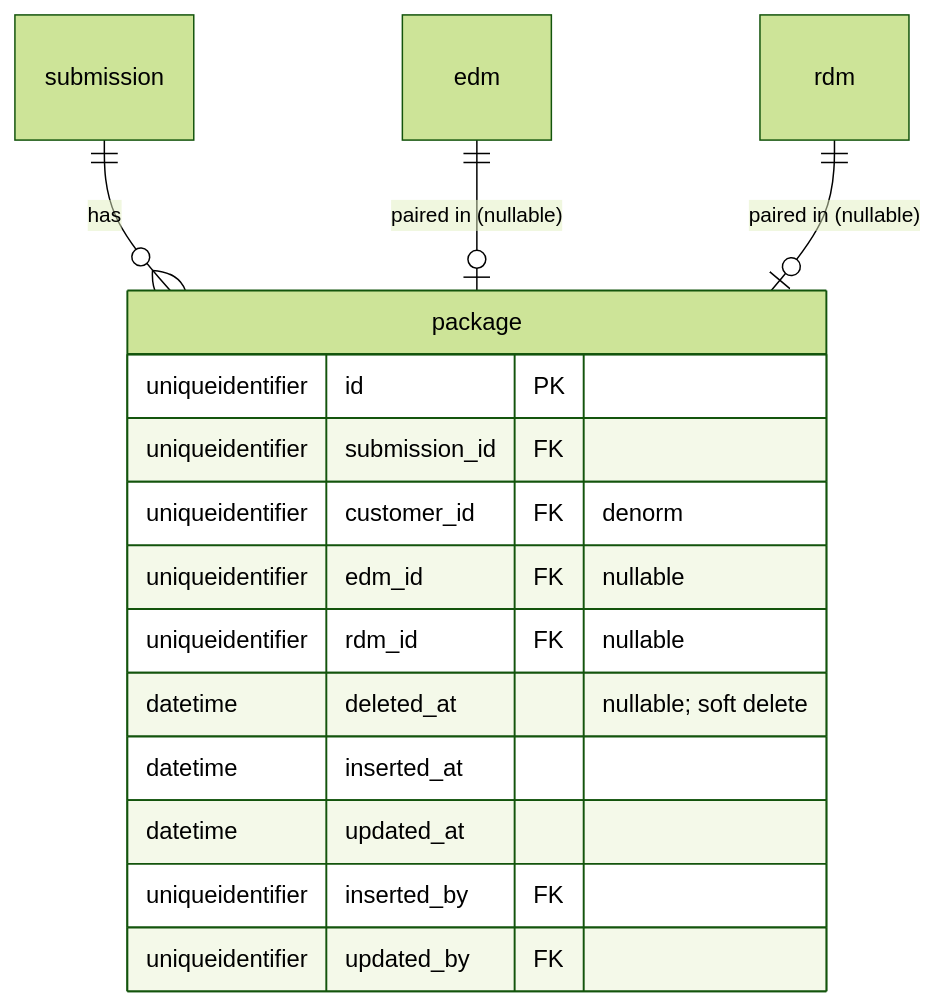
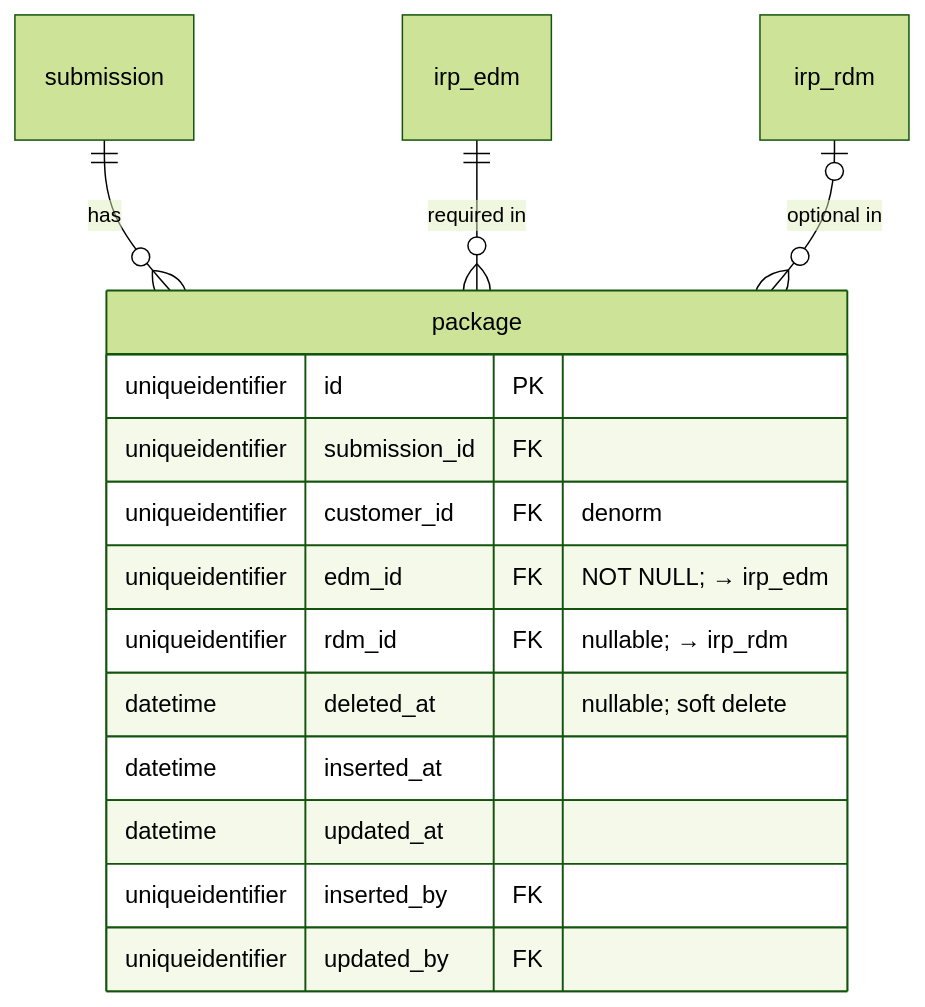
One commit to anilvenugopal/risk-workbench changed the fourth of 11 diagrams in docs/DATA_MODEL.md. Above: the diagram before and after it, drawn with Mermaid (forest theme). The commit also changed other lines of this file and 2 other files, not shown here.

````diff
--- a/docs/DATA_MODEL.md
+++ b/docs/DATA_MODEL.md
@@ -365,19 +384,19 @@
 ```mermaid
 erDiagram
   submission ||--o{ package : has
-  edm ||--o| package : "paired in (nullable)"
-  rdm ||--o| package : "paired in (nullable)"
+  irp_edm ||--o{ package : "required in"
+  irp_rdm |o--o{ package : "optional in"
 
   package {
     uniqueidentifier id PK
     uniqueidentifier submission_id FK
     uniqueidentifier customer_id FK "denorm"
-    uniqueidentifier edm_id FK "nullable"
-    uniqueidentifier rdm_id FK "nullable"
+    uniqueidentifier edm_id FK "NOT NULL; → irp_edm"
+    uniqueidentifier rdm_id FK "nullable; → irp_rdm"
     datetime deleted_at "nullable; soft delete"
     datetime inserted_at
     datetime updated_at
     uniqueidentifier inserted_by FK
     uniqueidentifier updated_by FK
   }
 ```
````
